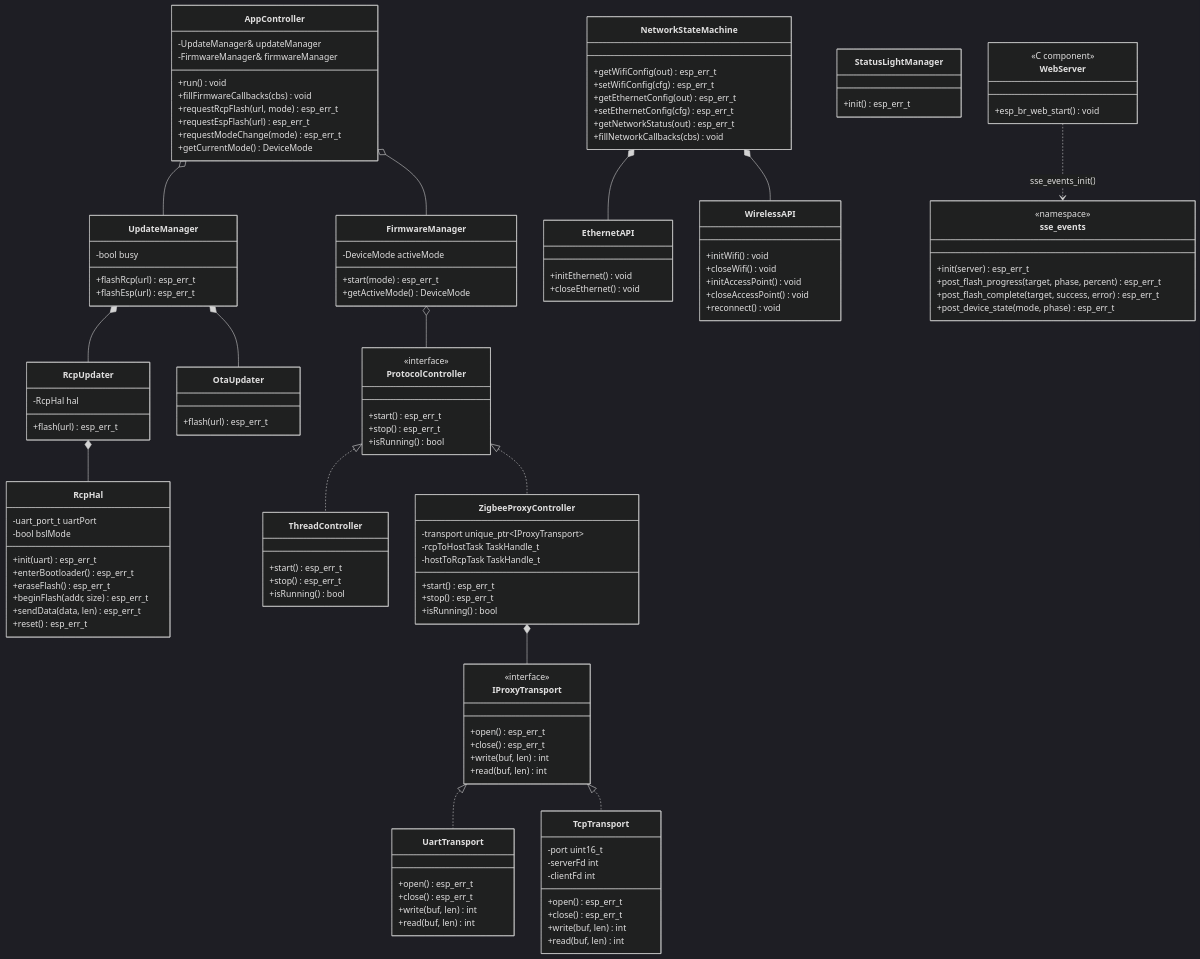
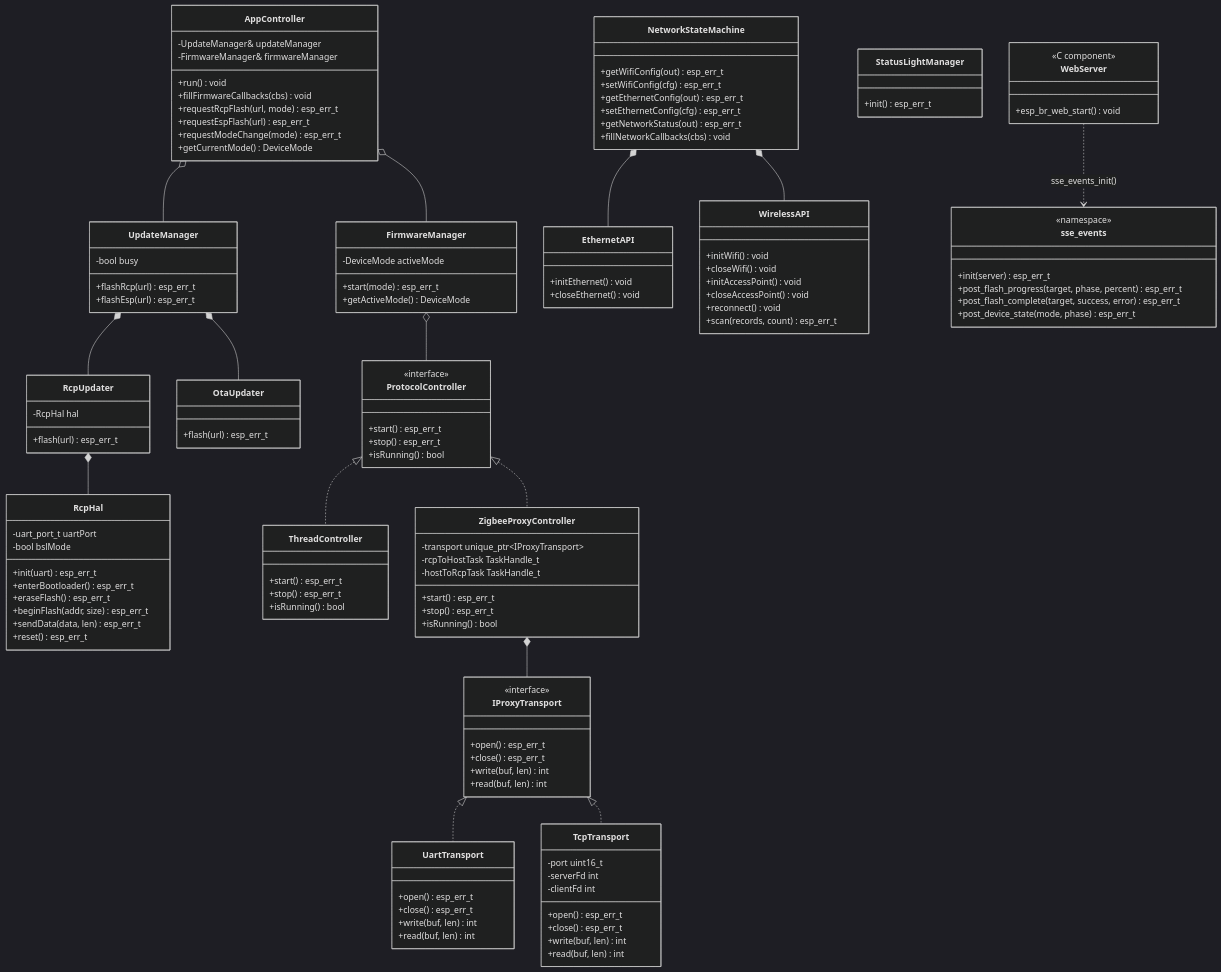
Before and after one commit to codm/czc-unified: the first of 2 diagrams in README.md, drawn with Mermaid (dark theme). The commit also changed other lines of this file and 4 other files, not shown here.

```diff
--- a/README.md
+++ b/README.md
@@ -490,6 +489,7 @@
         +initAccessPoint() void
         +closeAccessPoint() void
         +reconnect() void
+        +scan(records, count) esp_err_t
     }
 
     class StatusLightManager {
```
